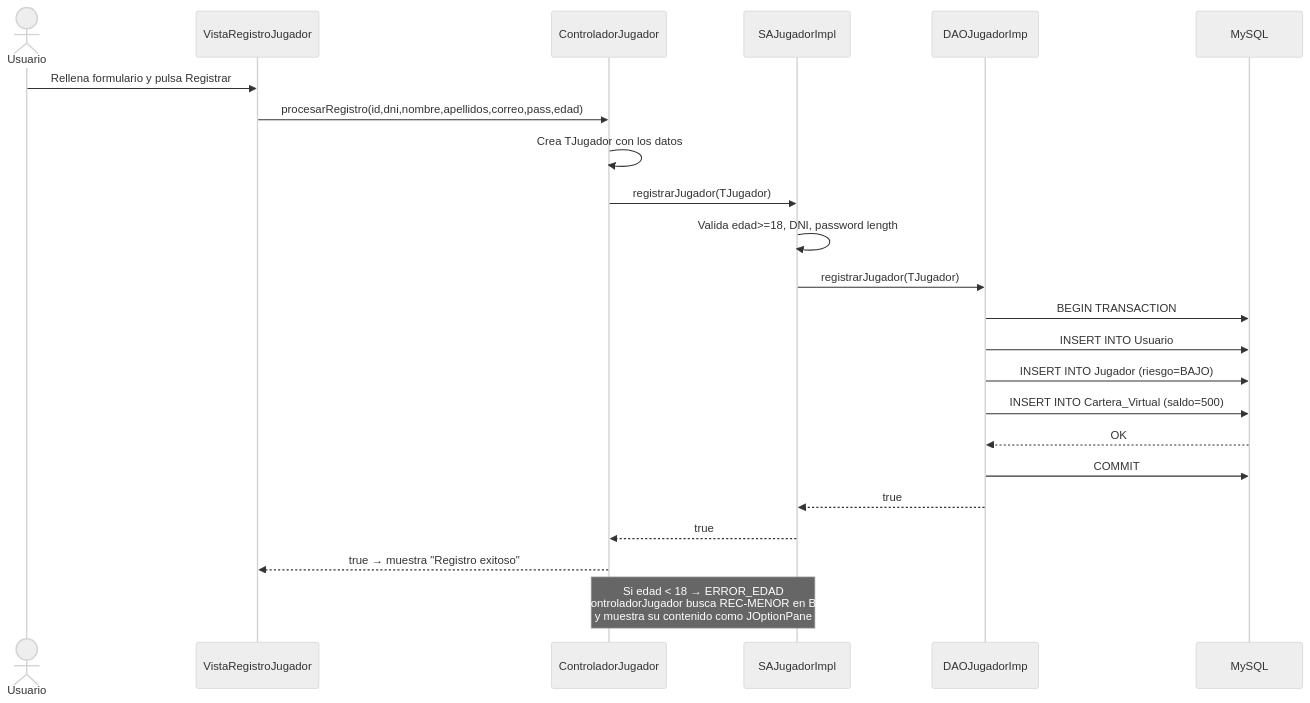
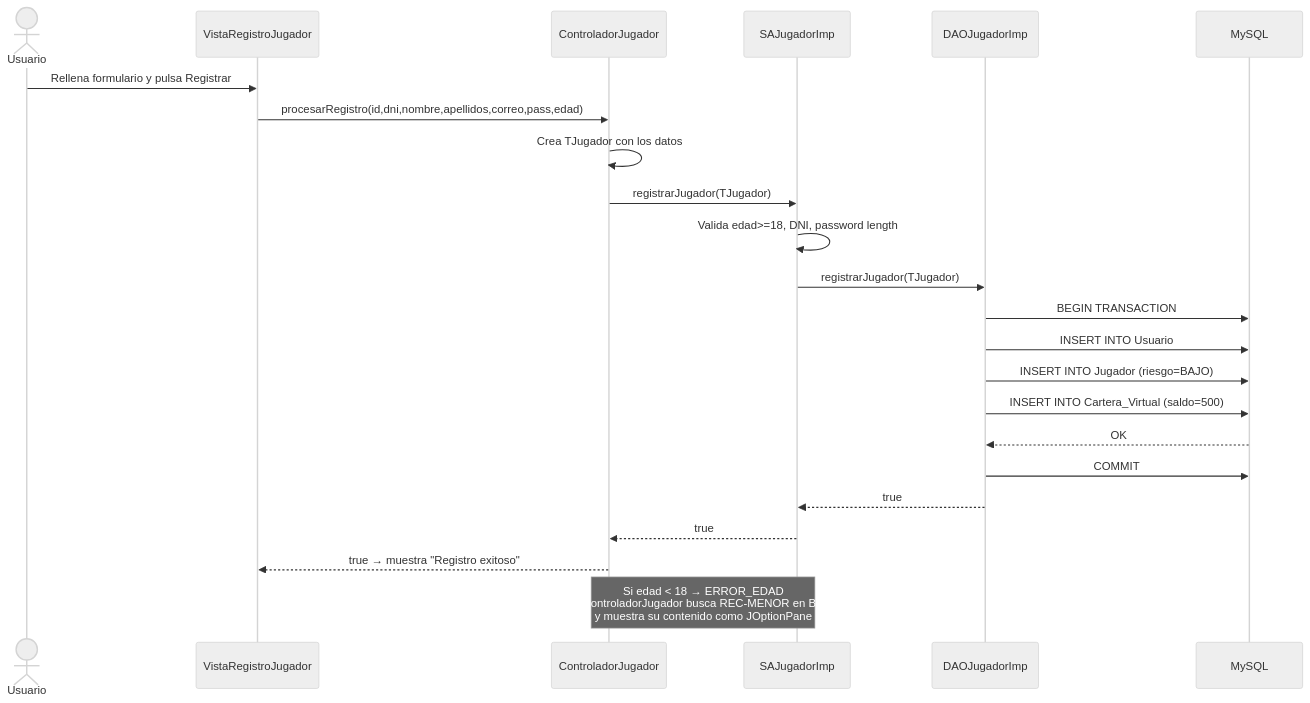
The eighth of 14 diagrams in guias/guiaCompleta.md (pelayp01/APUESTASUCM), drawn with Mermaid (neutral theme) before and after one commit. The commit also changed other lines of this file, not shown here.

````diff
--- a/guias/guiaCompleta.md
+++ b/guias/guiaCompleta.md
@@ -460,27 +463,27 @@
 ```mermaid
 sequenceDiagram
     actor U as Usuario
     participant V as VistaRegistroJugador
     participant C as ControladorJugador
-    participant SA as SAJugadorImpl
+    participant SA as SAJugadorImp
     participant DAO as DAOJugadorImp
     participant BD as MySQL
 
     U->>V: Rellena formulario y pulsa Registrar
     V->>C: procesarRegistro(id,dni,nombre,apellidos,correo,pass,edad)
     C->>C: Crea TJugador con los datos
     C->>SA: registrarJugador(TJugador)
     SA->>SA: Valida edad>=18, DNI, password length
     SA->>DAO: registrarJugador(TJugador)
     DAO->>BD: BEGIN TRANSACTION
     DAO->>BD: INSERT INTO Usuario
     DAO->>BD: INSERT INTO Jugador (riesgo=BAJO)
     DAO->>BD: INSERT INTO Cartera_Virtual (saldo=500)
     BD-->>DAO: OK
     DAO->>BD: COMMIT
     DAO-->>SA: true
     SA-->>C: true
     C-->>V: true → muestra "Registro exitoso"
 
     Note over SA,C: Si edad < 18 → ERROR_EDAD<br/>ControladorJugador busca REC-MENOR en BD<br/>y muestra su contenido como JOptionPane
 ```
````
